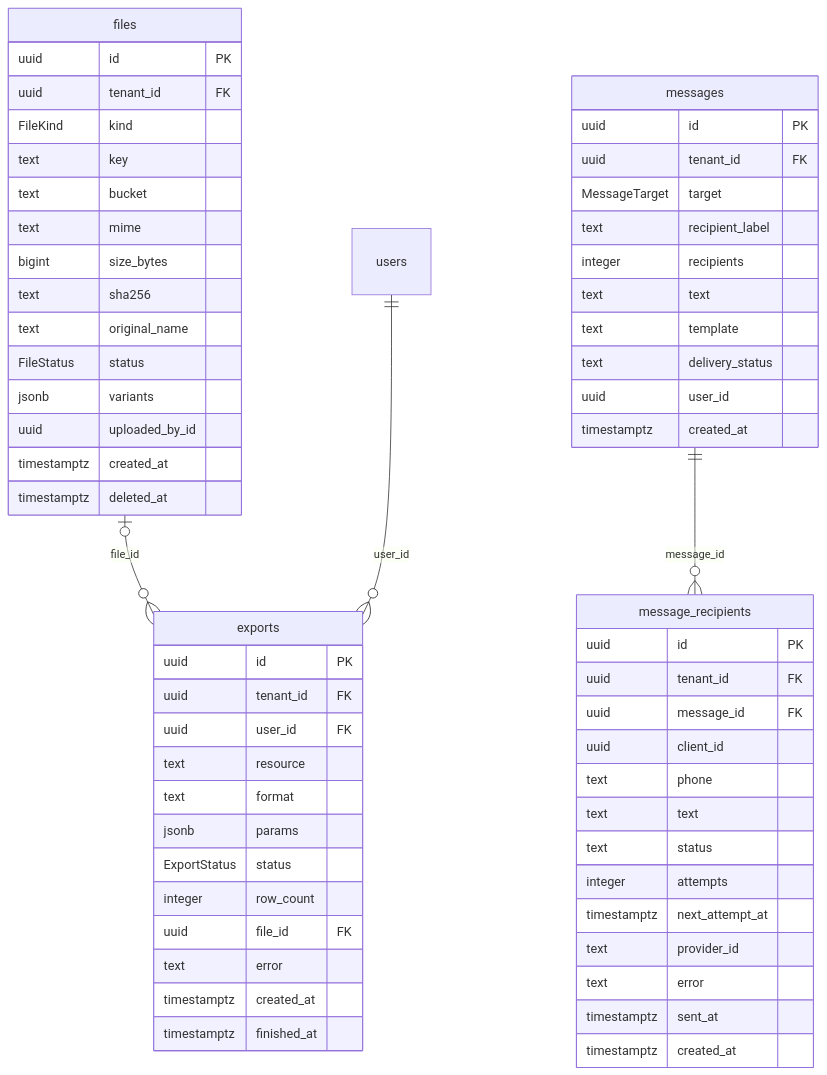
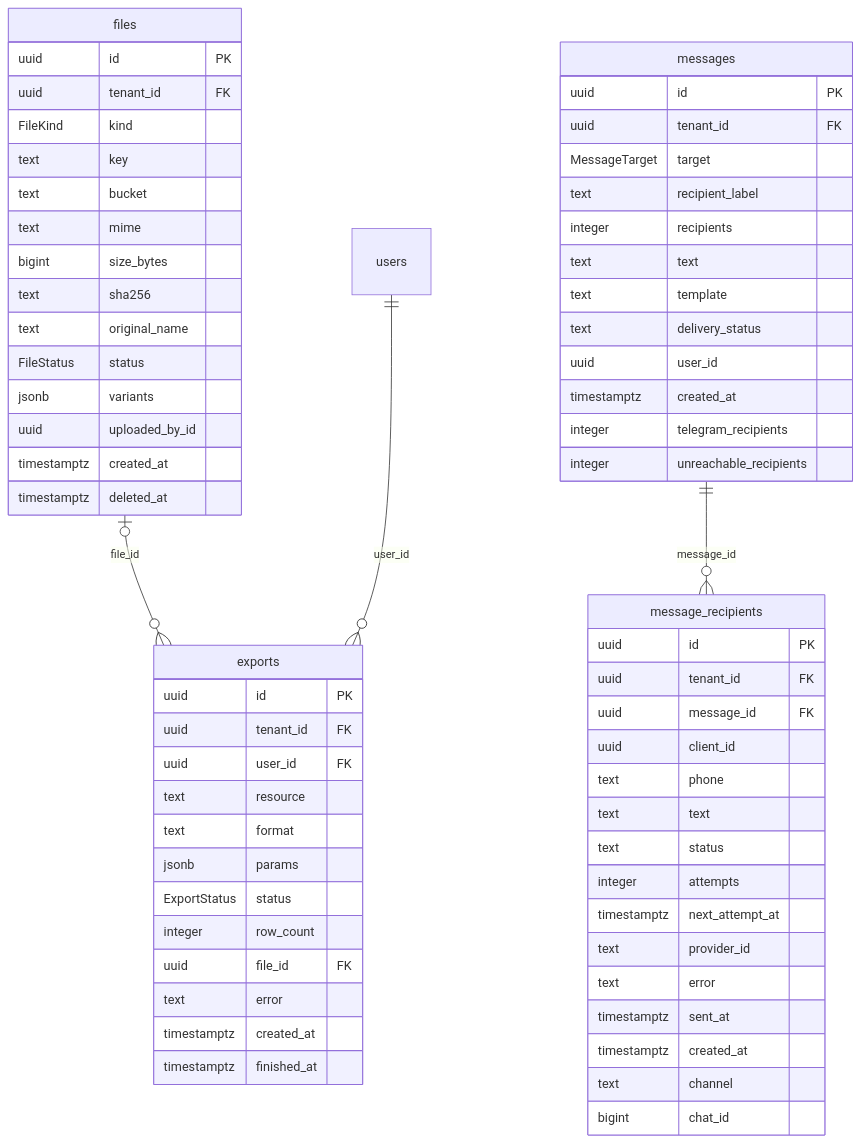
The seventh of 9 diagrams in docs/database/README.md (Ulugbek-Mominjonov/crm-api), drawn with Mermaid before and after one commit. The commit also changed other lines of this file and 47 other files, not shown here.

````diff
--- a/docs/database/README.md
+++ b/docs/database/README.md
@@ -1213,63 +1223,67 @@
 ```mermaid
 erDiagram
     files |o--o{ exports : "file_id"
     messages ||--o{ message_recipients : "message_id"
     users ||--o{ exports : "user_id"
     messages {
         uuid id PK
         uuid tenant_id FK
         MessageTarget target
         text recipient_label
         integer recipients
         text text
         text template
         text delivery_status
         uuid user_id
         timestamptz created_at
+        integer telegram_recipients
+        integer unreachable_recipients
     }
     message_recipients {
         uuid id PK
         uuid tenant_id FK
         uuid message_id FK
         uuid client_id
         text phone
         text text
         text status
         integer attempts
         timestamptz next_attempt_at
         text provider_id
         text error
         timestamptz sent_at
         timestamptz created_at
+        text channel
+        bigint chat_id
     }
     files {
         uuid id PK
         uuid tenant_id FK
         FileKind kind
         text key
         text bucket
         text mime
         bigint size_bytes
         text sha256
         text original_name
         FileStatus status
         jsonb variants
         uuid uploaded_by_id
         timestamptz created_at
         timestamptz deleted_at
     }
     exports {
         uuid id PK
         uuid tenant_id FK
         uuid user_id FK
         text resource
         text format
         jsonb params
         ExportStatus status
         integer row_count
         uuid file_id FK
         text error
         timestamptz created_at
         timestamptz finished_at
     }
 ```
````
